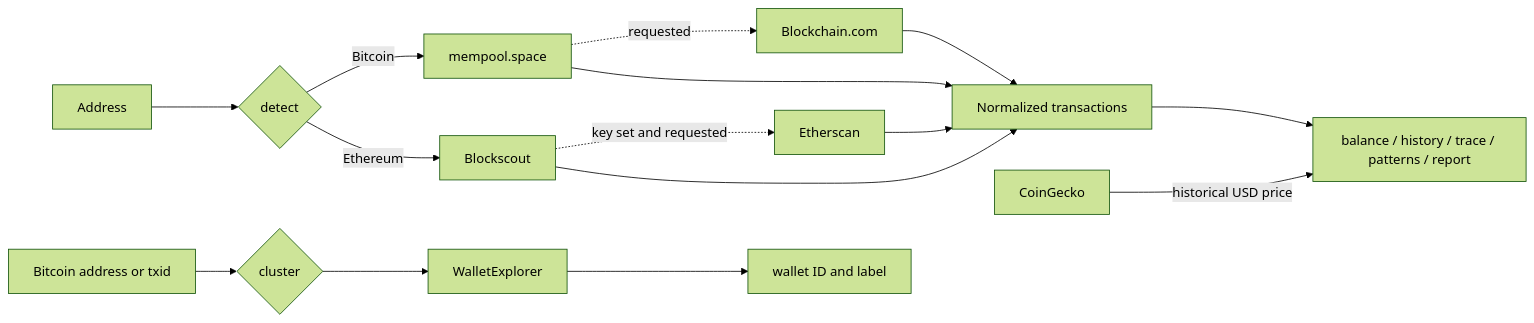
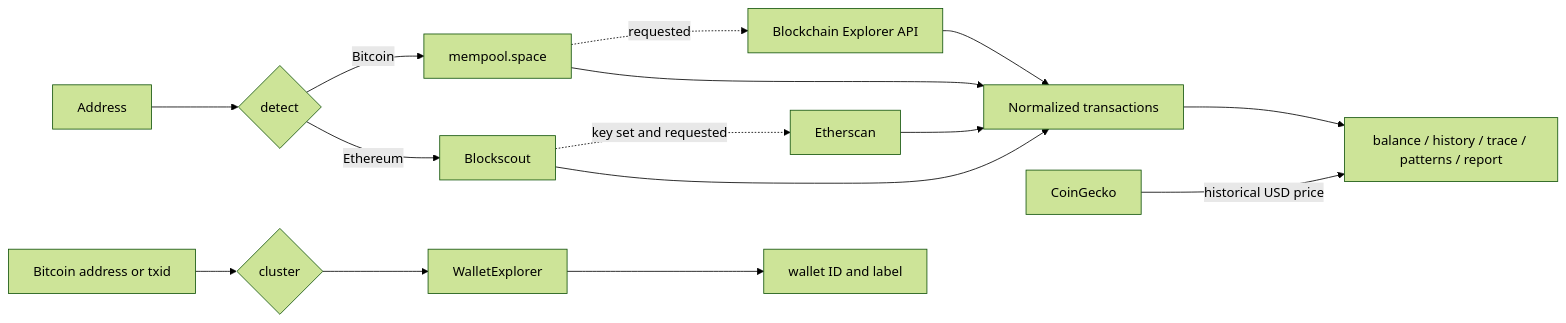
Before and after one commit to nilsonsangy/follow-the-money: the diagram in README.md, drawn with Mermaid (forest theme). The commit also changed other lines of this file and 2 other files, not shown here.

````diff
--- a/README.md
+++ b/README.md
@@ -55,17 +55,17 @@
 ```mermaid
 flowchart LR
     A[Address] --> D{detect}
     D -->|Bitcoin| B[mempool.space]
     D -->|Ethereum| E[Blockscout]
-    B -. requested .-> BC[Blockchain.com]
+    B -. requested .-> BC[Blockchain Explorer API]
     E -. key set and requested .-> ES[Etherscan]
     B --> N[Normalized transactions]
     E --> N
     BC --> N
     ES --> N
     N --> C[balance / history / trace / patterns / report]
     CG[CoinGecko] -->|historical USD price| C
     W[Bitcoin address or txid] --> CL{cluster}
     CL --> WE[WalletExplorer]
     WE --> R[wallet ID and label]
 ```
````
